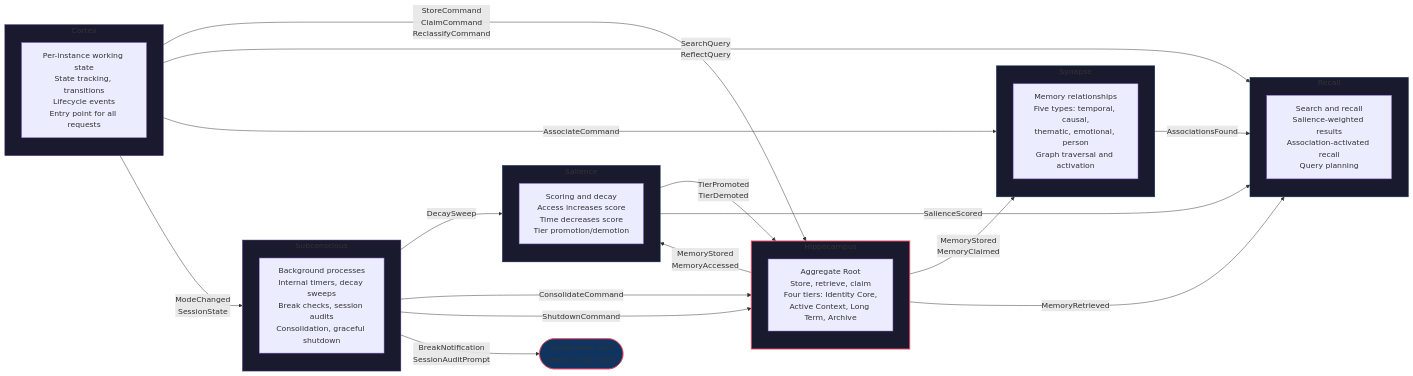
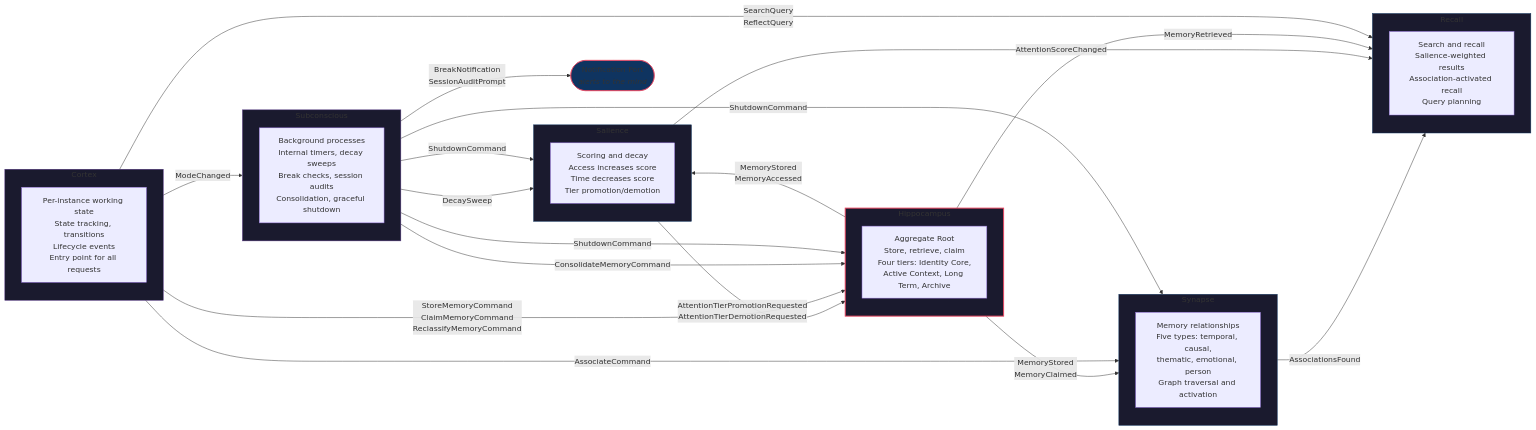
One commit to Mimis-Gildi/mcp-total-recall changed the diagram in site/_includes/diagrams/bc-0001-bounded-contexts.mmd. Above: the diagram before and after it, drawn with Mermaid. The commit also changed 109 other files, not shown here.

```diff
--- a/site/_includes/diagrams/bc-0001-bounded-contexts.mmd
+++ b/site/_includes/diagrams/bc-0001-bounded-contexts.mmd
@@ -1,49 +1,51 @@
 graph LR
     subgraph Hippocampus ["Hippocampus"]
         HP_DESC["Aggregate Root<br/>Store, retrieve, claim<br/>Four tiers: Identity Core,<br/>Active Context, Long Term, Archive"]
     end
 
     subgraph Synapse ["Synapse"]
         SY_DESC["Memory relationships<br/>Five types: temporal, causal,<br/>thematic, emotional, person<br/>Graph traversal and activation"]
     end
 
     subgraph Salience ["Salience"]
         SL_DESC["Scoring and decay<br/>Access increases score<br/>Time decreases score<br/>Tier promotion/demotion"]
     end
 
     subgraph Recall ["Recall"]
         RC_DESC["Search and recall<br/>Salience-weighted results<br/>Association-activated recall<br/>Query planning"]
     end
 
     subgraph Cortex ["Cortex"]
         CX_DESC["Per-instance working state<br/>State tracking, transitions<br/>Lifecycle events<br/>Entry point for all requests"]
     end
 
     subgraph Subconscious ["Subconscious"]
         SB_DESC["Background processes<br/>Internal timers, decay sweeps<br/>Break checks, session audits<br/>Consolidation, graceful shutdown"]
     end
 
     NP(["Notification Port<br/><i>alerts to the mind</i>"])
 
     Hippocampus -- "MemoryStored<br/>MemoryClaimed" --> Synapse
     Hippocampus -- "MemoryStored<br/>MemoryAccessed" --> Salience
-    Salience -- "TierPromoted<br/>TierDemoted" --> Hippocampus
+    Salience -- "AttentionTierPromotionRequested<br/>AttentionTierDemotionRequested" --> Hippocampus
     Synapse -- "AssociationsFound" --> Recall
-    Salience -- "SalienceScored" --> Recall
+    Salience -- "AttentionScoreChanged" --> Recall
     Hippocampus -- "MemoryRetrieved" --> Recall
-    Cortex -- "StoreCommand<br/>ClaimCommand<br/>ReclassifyCommand" --> Hippocampus
+    Cortex -- "StoreMemoryCommand<br/>ClaimMemoryCommand<br/>ReclassifyMemoryCommand" --> Hippocampus
     Cortex -- "SearchQuery<br/>ReflectQuery" --> Recall
     Cortex -- "AssociateCommand" --> Synapse
-    Cortex -- "ModeChanged<br/>SessionState" --> Subconscious
+    Cortex -- "ModeChanged" --> Subconscious
     Subconscious -- "DecaySweep" --> Salience
-    Subconscious -- "ConsolidateCommand" --> Hippocampus
+    Subconscious -- "ConsolidateMemoryCommand" --> Hippocampus
     Subconscious -- "ShutdownCommand" --> Hippocampus
+    Subconscious -- "ShutdownCommand" --> Salience
+    Subconscious -- "ShutdownCommand" --> Synapse
     Subconscious -- "BreakNotification<br/>SessionAuditPrompt" --> NP
 
     style Hippocampus fill:#1a1a2e,stroke:#e94560,stroke-width:2px
     style Synapse fill:#1a1a2e,stroke:#0f3460,stroke-width:1px
     style Salience fill:#1a1a2e,stroke:#0f3460,stroke-width:1px
     style Recall fill:#1a1a2e,stroke:#0f3460,stroke-width:1px
     style Cortex fill:#1a1a2e,stroke:#533483,stroke-width:1px
     style Subconscious fill:#1a1a2e,stroke:#533483,stroke-width:1px
     style NP fill:#0f3460,stroke:#e94560,stroke-width:1px
```
